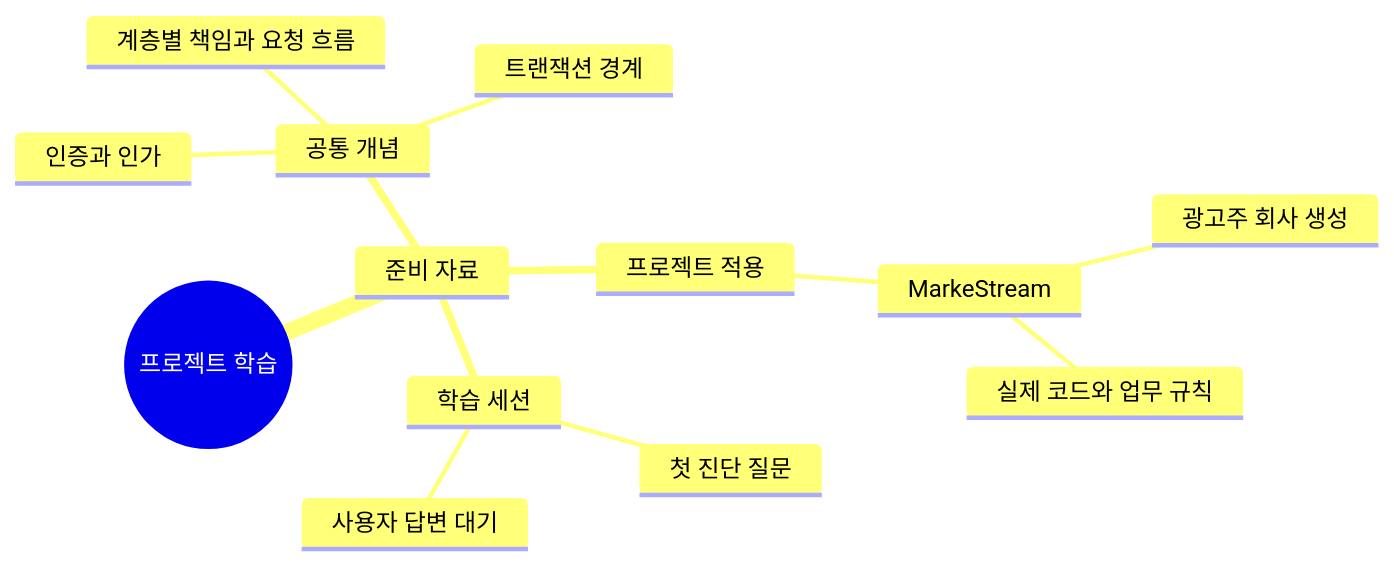
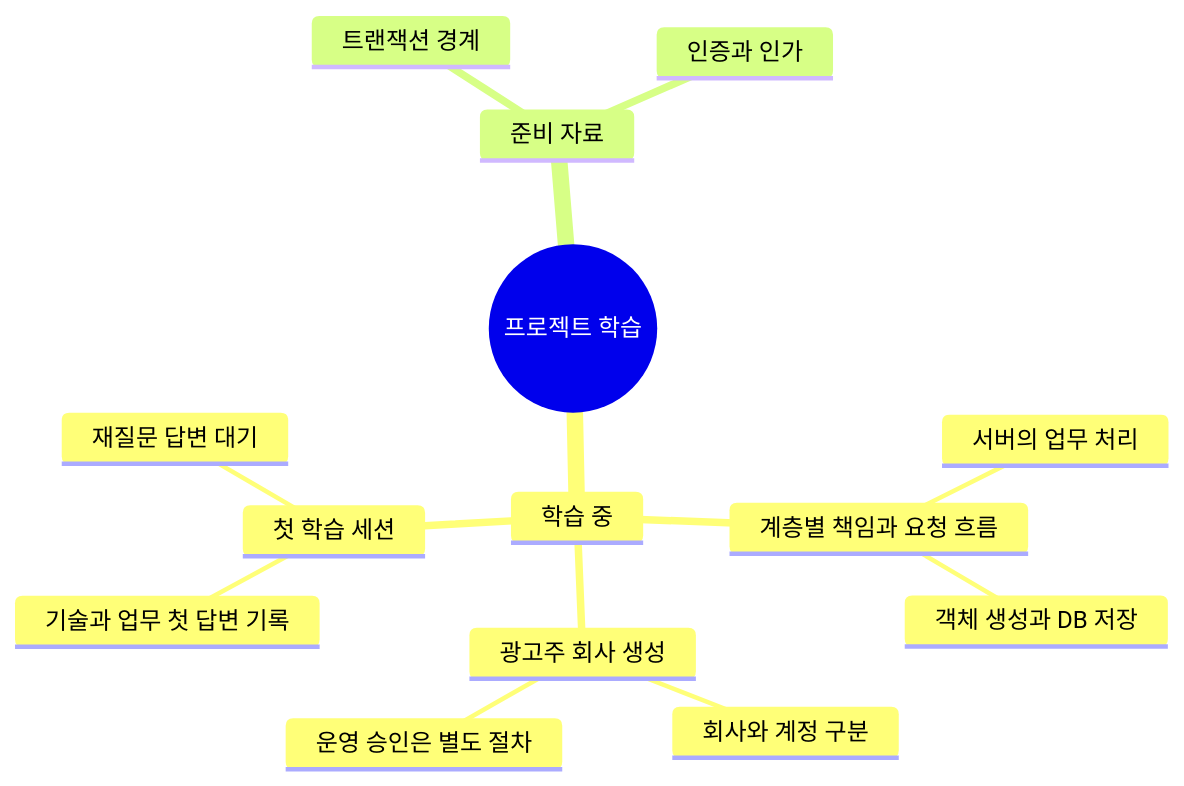
The first of 2 diagrams in notes/maps/learning-map.md (doggopawer/agent-learning), drawn with Mermaid before and after one commit. The commit also changed other lines of this file and 47 other files, not shown here.

Commit message:
Import MarkeStream notes and preserve learning dialogue

````diff
--- a/notes/maps/learning-map.md
+++ b/notes/maps/learning-map.md
@@ -17,16 +35,17 @@
 ```mermaid
 mindmap
   root((프로젝트 학습))
+    학습 중
+      계층별 책임과 요청 흐름
+        서버의 업무 처리
+        객체 생성과 DB 저장
+      광고주 회사 생성
+        회사와 계정 구분
+        운영 승인은 별도 절차
+      첫 학습 세션
+        기술과 업무 첫 답변 기록
+        재질문 답변 대기
     준비 자료
-      공통 개념
-        계층별 책임과 요청 흐름
-        트랜잭션 경계
-        인증과 인가
-      프로젝트 적용
-        MarkeStream
-          광고주 회사 생성
-          실제 코드와 업무 규칙
-      학습 세션
-        첫 진단 질문
-        사용자 답변 대기
+      트랜잭션 경계
+      인증과 인가
 ```
````
